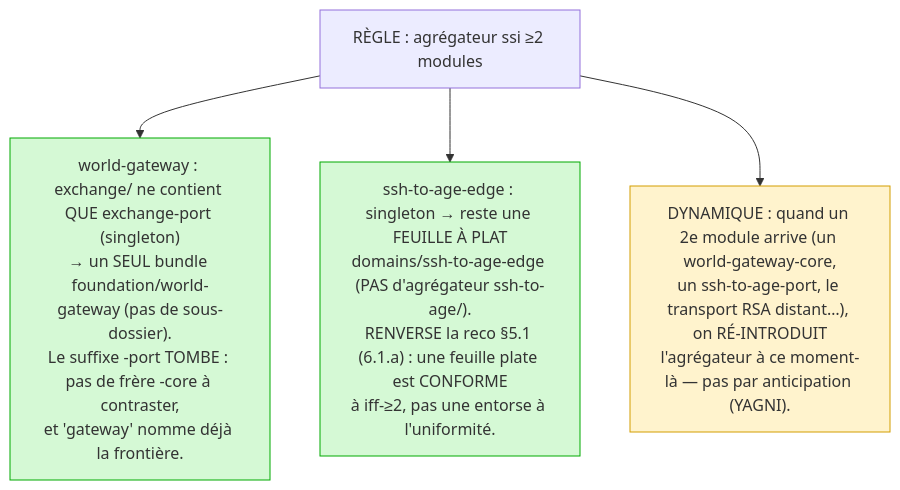
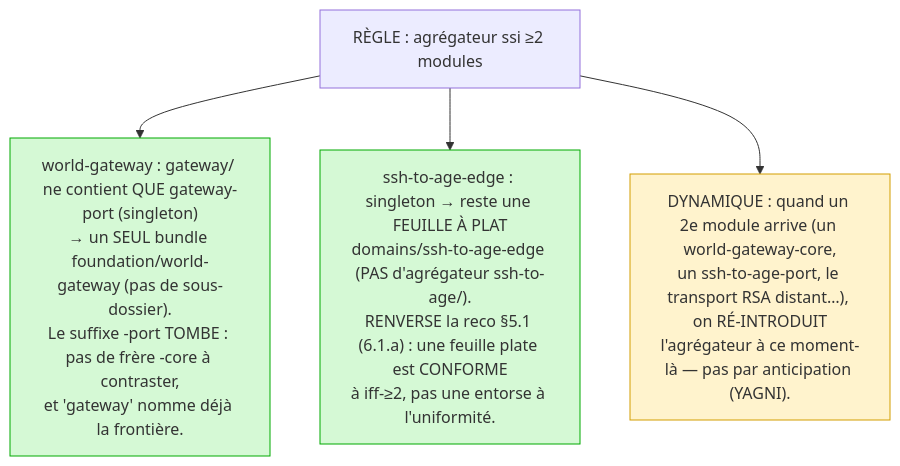
One commit to nxmatic/rke2lab changed the tenth of 10 diagrams in docs/architecture/osgi/osgi-aggregator-layout-spec.adoc. Above: the diagram before and after it, drawn with Mermaid. The commit also changed other lines of this file and 66 other files, not shown here.

First line of the commit message:
refactor(world-gateway): rename "exchange" → "gateway" across the worktree

```diff
--- a/docs/architecture/osgi/osgi-aggregator-layout-spec.adoc
+++ b/docs/architecture/osgi/osgi-aggregator-layout-spec.adoc
@@ -483,10 +483,10 @@
 [mermaid]
 ....
 flowchart TB
   rule["RÈGLE : agrégateur ssi ≥2 modules"]
-  rule --> wg["world-gateway : exchange/ ne contient QUE exchange-port (singleton)\n→ un SEUL bundle foundation/world-gateway (pas de sous-dossier).\nLe suffixe -port TOMBE : pas de frère -core à contraster,\net 'gateway' nomme déjà la frontière."]:::good
+  rule --> wg["world-gateway : gateway/ ne contient QUE gateway-port (singleton)\n→ un SEUL bundle foundation/world-gateway (pas de sous-dossier).\nLe suffixe -port TOMBE : pas de frère -core à contraster,\net 'gateway' nomme déjà la frontière."]:::good
   rule --> ssh["ssh-to-age-edge : singleton → reste une FEUILLE À PLAT\ndomains/ssh-to-age-edge (PAS d'agrégateur ssh-to-age/).\nRENVERSE la reco §5.1 (6.1.a) : une feuille plate est CONFORME\nà iff-≥2, pas une entorse à l'uniformité."]:::good
   rule --> grow["DYNAMIQUE : quand un 2e module arrive (un world-gateway-core,\nun ssh-to-age-port, le transport RSA distant…), on RÉ-INTRODUIT\nl'agrégateur à ce moment-là — pas par anticipation (YAGNI)."]:::note
   classDef good fill:#d5f9d5,stroke:#00aa00;
   classDef note fill:#fff3cd,stroke:#d39e00;
 ....
```
